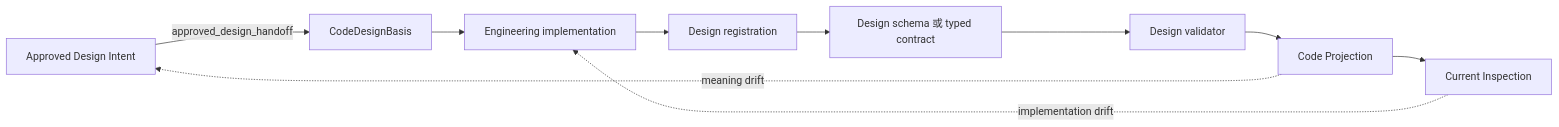
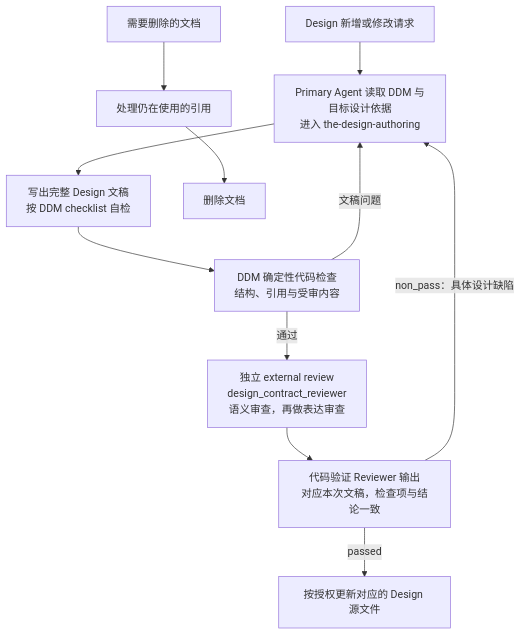
Before and after one commit to bobaoai/ai_project_management_framework: the diagram in 09_soul/governance/t0/the_design_doc_management.md, drawn with Mermaid. The commit also changed other lines of this file and 195 other files, not shown here.

````diff
--- a/09_soul/governance/t0/the_design_doc_management.md
+++ b/09_soul/governance/t0/the_design_doc_management.md
@@ -314,12 +27,13 @@
 ```mermaid
-flowchart LR
-    D["Approved Design Intent"] -->|"approved_design_handoff"| B["CodeDesignBasis"]
-    B --> I["Engineering implementation"]
-    I --> R["Design registration"]
-    R --> S["Design schema 或 typed contract"]
-    S --> V["Design validator"]
-    V --> P["Code Projection"]
-    P --> X["Current Inspection"]
-    P -.->|"meaning drift"| D
-    X -.->|"implementation drift"| I
+flowchart TD
+    R["Design 新增或修改请求"] --> A["Primary Agent 读取 DDM 与目标设计依据<br/>进入 the-design-authoring"]
+    A --> W["写出完整 Design 文稿<br/>按 DDM checklist 自检"]
+    W --> C["DDM 确定性代码检查<br/>结构、引用与受审内容"]
+    C -->|通过| E["独立 external review<br/>design_contract_reviewer<br/>语义审查，再做表达审查"]
+    E --> V["代码验证 Reviewer 输出<br/>对应本次文稿，检查项与结论一致"]
+    V -->|passed| U["按授权更新对应的 Design 源文件"]
+    V -->|non_pass：具体设计缺陷| A
+    C -->|文稿问题| A
+    D["需要删除的文档"] --> L["处理仍在使用的引用"]
+    L --> X["删除文档"]
 ```
````
